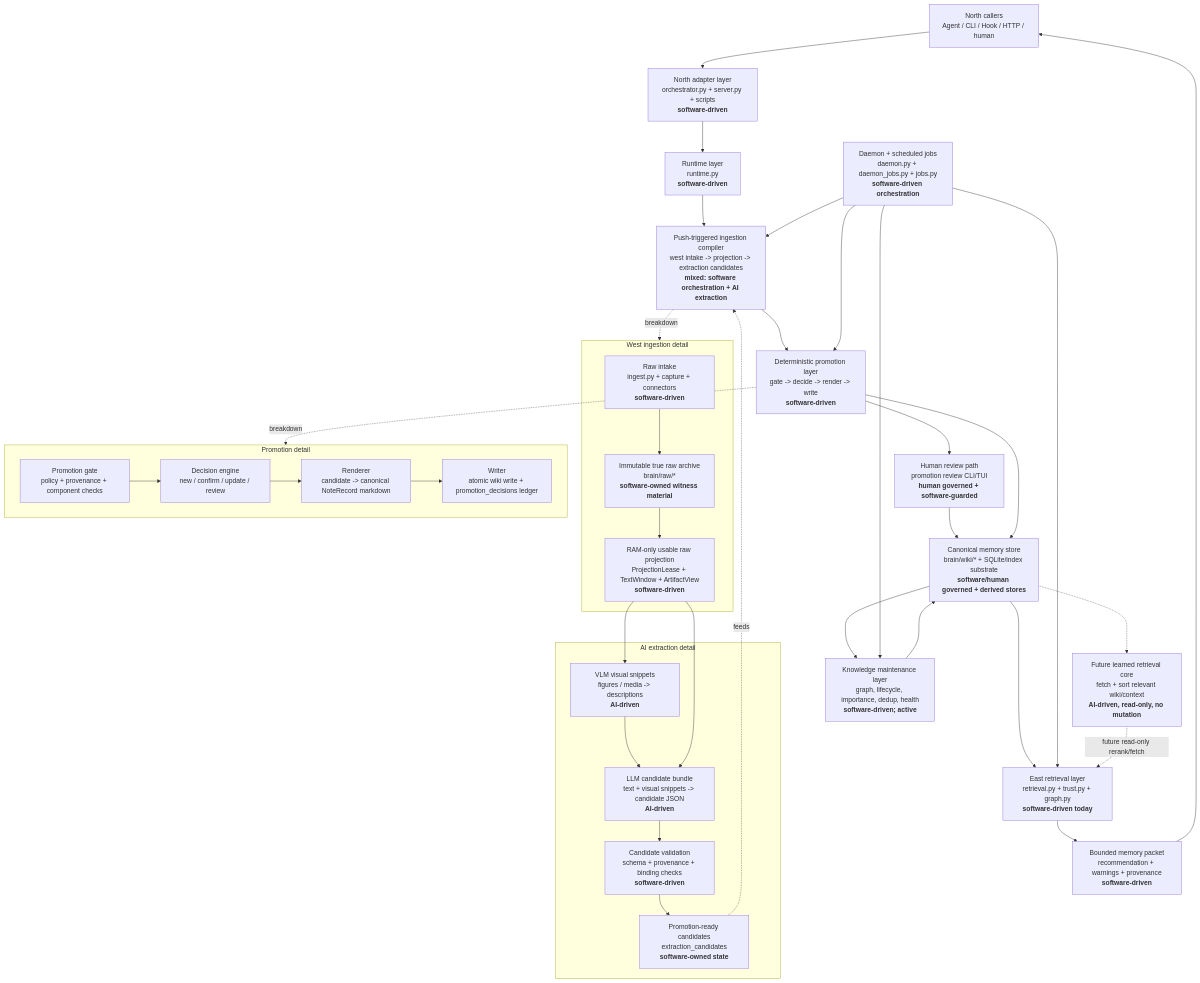
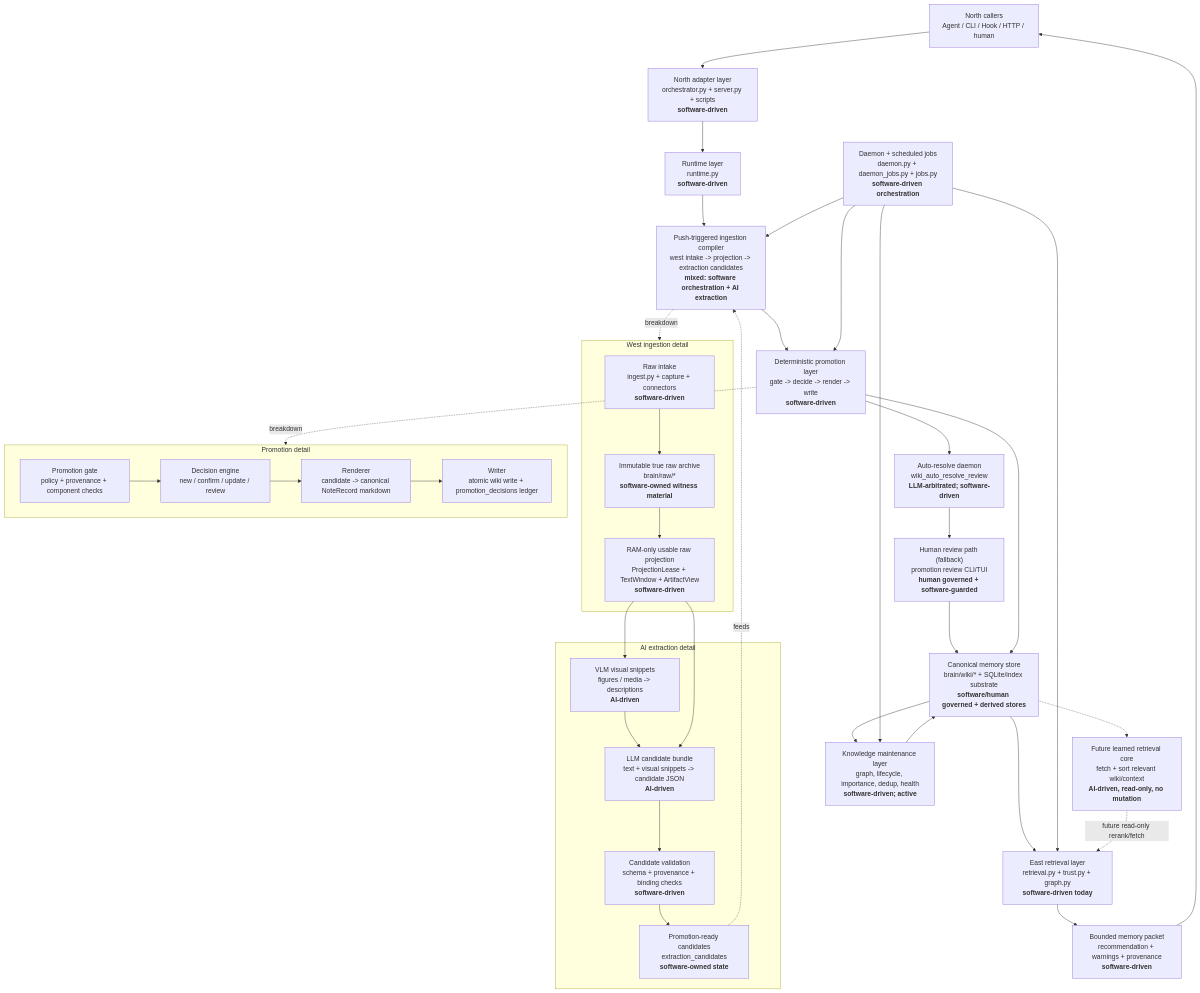
One commit to Jianyu010/MnemonicOS changed the diagram in brain/system/architecture.md. Above: the diagram before and after it, drawn with Mermaid. The commit also changed other lines of this file and 9 other files, not shown here.

````diff
--- a/brain/system/architecture.md
+++ b/brain/system/architecture.md
@@ -19,52 +19,53 @@
 ```mermaid
 flowchart TD
     A["North callers<br/>Agent / CLI / Hook / HTTP / human"] --> B["North adapter layer<br/>orchestrator.py + server.py + scripts<br/><b>software-driven</b>"]
     B --> C["Runtime layer<br/>runtime.py<br/><b>software-driven</b>"]
     C --> D["Push-triggered ingestion compiler<br/>west intake -> projection -> extraction candidates<br/><b>mixed: software orchestration + AI extraction</b>"]
     D --> E["Deterministic promotion layer<br/>gate -> decide -> render -> write<br/><b>software-driven</b>"]
-    E --> R["Human review path<br/>promotion review CLI/TUI<br/><b>human governed + software-guarded</b>"]
+    E --> AR["Auto-resolve daemon<br/>wiki_auto_resolve_review<br/><b>LLM-arbitrated; software-driven</b>"]
+    AR --> R["Human review path (fallback)<br/>promotion review CLI/TUI<br/><b>human governed + software-guarded</b>"]
     R --> F["Canonical memory store<br/>brain/wiki/* + SQLite/index substrate<br/><b>software/human governed + derived stores</b>"]
     E --> F
     F --> M["Knowledge maintenance layer<br/>graph, lifecycle, importance, dedup, health<br/><b>software-driven; active</b>"]
     M --> F
     F --> G["East retrieval layer<br/>retrieval.py + trust.py + graph.py<br/><b>software-driven today</b>"]
     G --> H["Bounded memory packet<br/>recommendation + warnings + provenance<br/><b>software-driven</b>"]
     H --> A
 
     subgraph W["West ingestion detail"]
         W1["Raw intake<br/>ingest.py + capture + connectors<br/><b>software-driven</b>"]
         W2["Immutable true raw archive<br/>brain/raw/*<br/><b>software-owned witness material</b>"]
         W3["RAM-only usable raw projection<br/>ProjectionLease + TextWindow + ArtifactView<br/><b>software-driven</b>"]
         W1 --> W2 --> W3
     end
 
     subgraph X["AI extraction detail"]
         X1["VLM visual snippets<br/>figures / media -> descriptions<br/><b>AI-driven</b>"]
         X2["LLM candidate bundle<br/>text + visual snippets -> candidate JSON<br/><b>AI-driven</b>"]
         X3["Candidate validation<br/>schema + provenance + binding checks<br/><b>software-driven</b>"]
         X4["Promotion-ready candidates<br/>extraction_candidates<br/><b>software-owned state</b>"]
         X1 --> X2 --> X3 --> X4
     end
 
     subgraph P["Promotion detail"]
         P1["Promotion gate<br/>policy + provenance + component checks"]
         P2["Decision engine<br/>new / confirm / update / review"]
         P3["Renderer<br/>candidate -> canonical NoteRecord markdown"]
         P4["Writer<br/>atomic wiki write + promotion_decisions ledger"]
         P1 --> P2 --> P3 --> P4
     end
 
     D -.->|breakdown| W
     W3 --> X1
     W3 --> X2
     X4 -.->|feeds| D
     E -.->|breakdown| P
 
     I["Daemon + scheduled jobs<br/>daemon.py + daemon_jobs.py + jobs.py<br/><b>software-driven orchestration</b>"] --> D
     I --> E
     I --> M
     I --> G
 
     Q["Future learned retrieval core<br/>fetch + sort relevant wiki/context<br/><b>AI-driven, read-only, no mutation</b>"] -.->|future read-only rerank/fetch| G
     F -.-> Q
 ```
````
